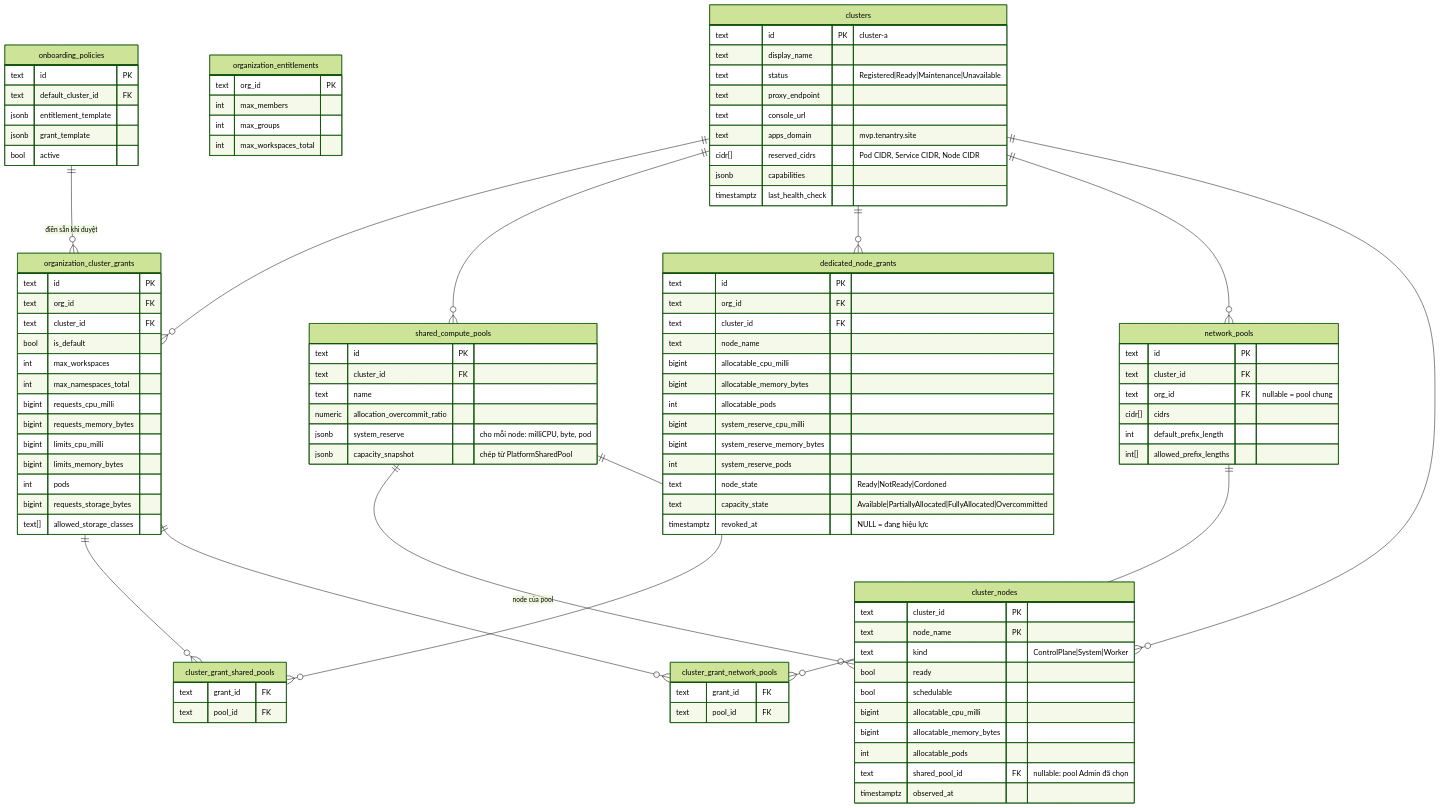
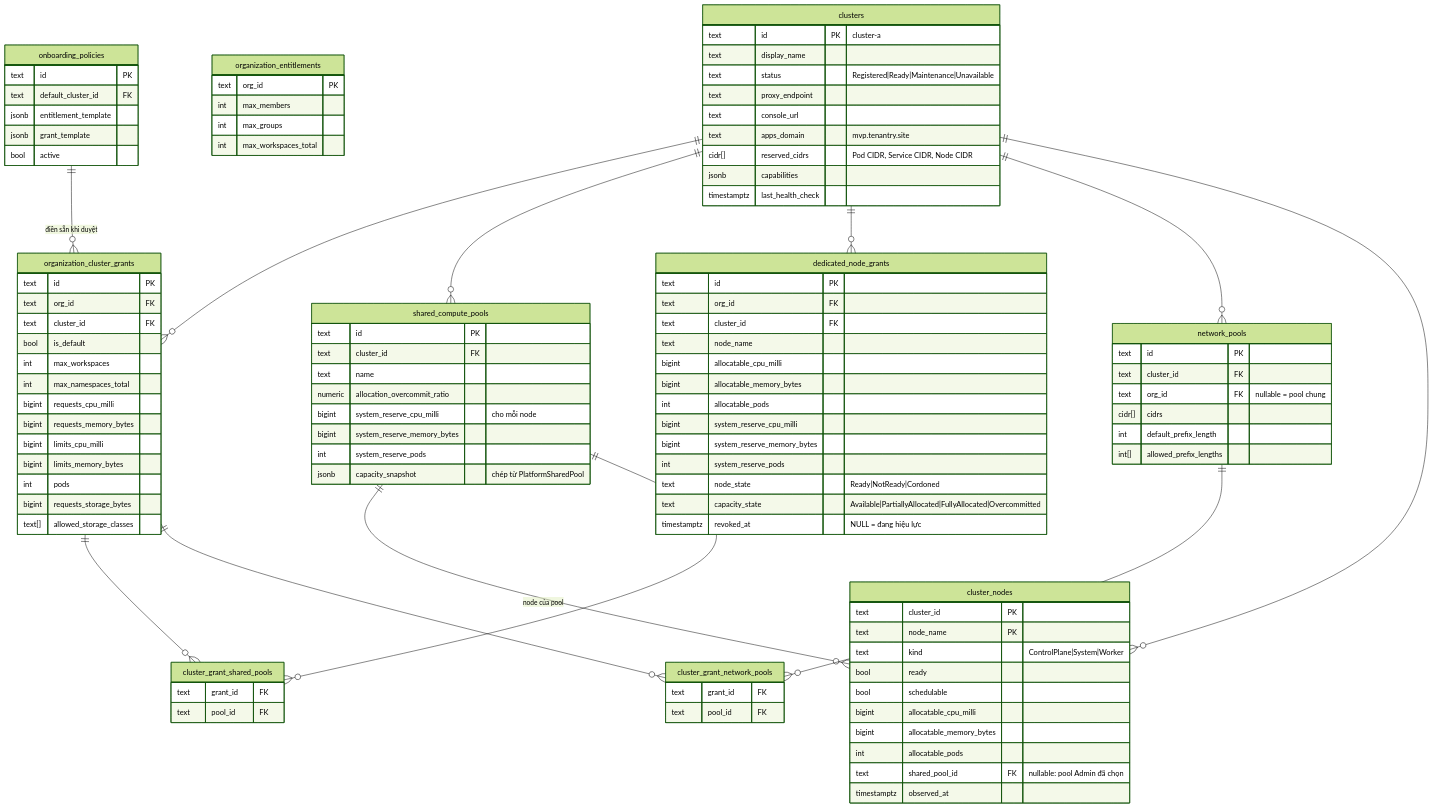
One commit to thaihoc1310/tenantry changed the third of 5 diagrams in docs/architecture/02-data-model.md. Above: the diagram before and after it, drawn with Mermaid (forest theme). The commit also changed other lines of this file and 2 other files, not shown here.

Commit message:
docs(plan): M5 as built: shared pool system reserve as columns, node grants outlive grants, grant upsert, admin user search, IPv4 network pools and the seed's node flags

```diff
--- a/docs/architecture/02-data-model.md
+++ b/docs/architecture/02-data-model.md
@@ -234,7 +236,9 @@
     text cluster_id FK
     text name
     numeric allocation_overcommit_ratio
-    jsonb system_reserve "cho mỗi node: milliCPU, byte, pod"
+    bigint system_reserve_cpu_milli "cho mỗi node"
+    bigint system_reserve_memory_bytes
+    int system_reserve_pods
     jsonb capacity_snapshot "chép từ PlatformSharedPool"
   }
   cluster_grant_shared_pools {
```
